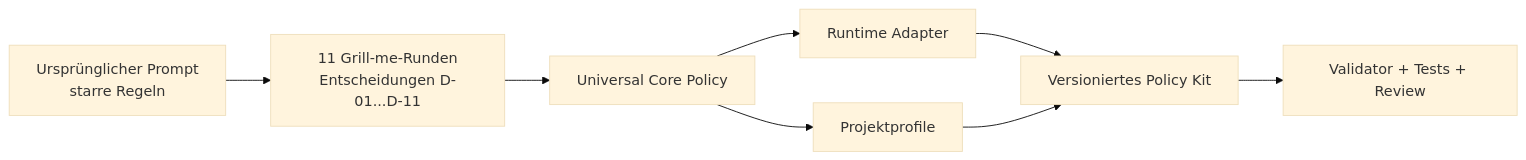
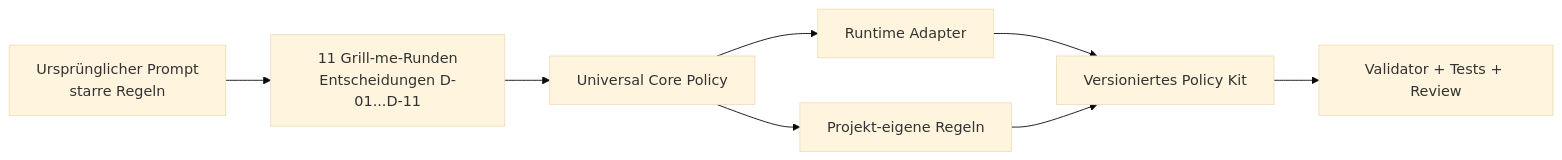
Before and after one commit to pancoda-software/portable-agentic-policy-kit: the diagram in docs/06-session-entscheidungen.md, drawn with Mermaid (base theme). The commit also changed other lines of this file and 35 other files, not shown here.

````diff
--- a/docs/06-session-entscheidungen.md
+++ b/docs/06-session-entscheidungen.md
@@ -48,10 +48,10 @@
 ```mermaid
 flowchart LR
     ORIG["Ursprünglicher Prompt\nstarre Regeln"] --> GRILL["11 Grill-me-Runden\nEntscheidungen D-01...D-11"]
     GRILL --> CORE["Universal Core Policy"]
     CORE --> AD["Runtime Adapter"]
-    CORE --> PR["Projektprofile"]
+    CORE --> PR["Projekt-eigene Regeln"]
     AD --> KIT["Versioniertes Policy Kit"]
     PR --> KIT
     KIT --> TEST["Validator + Tests + Review"]
 ```
````
